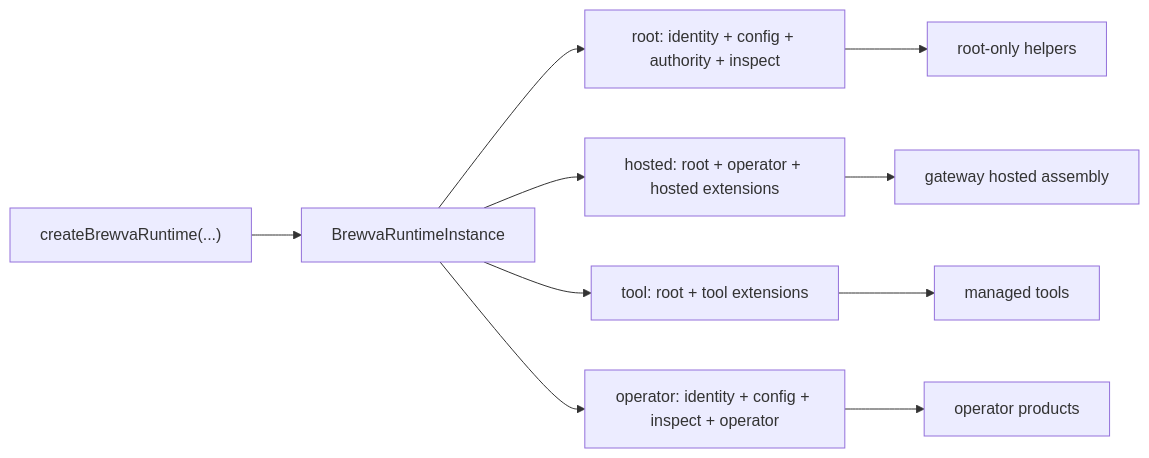
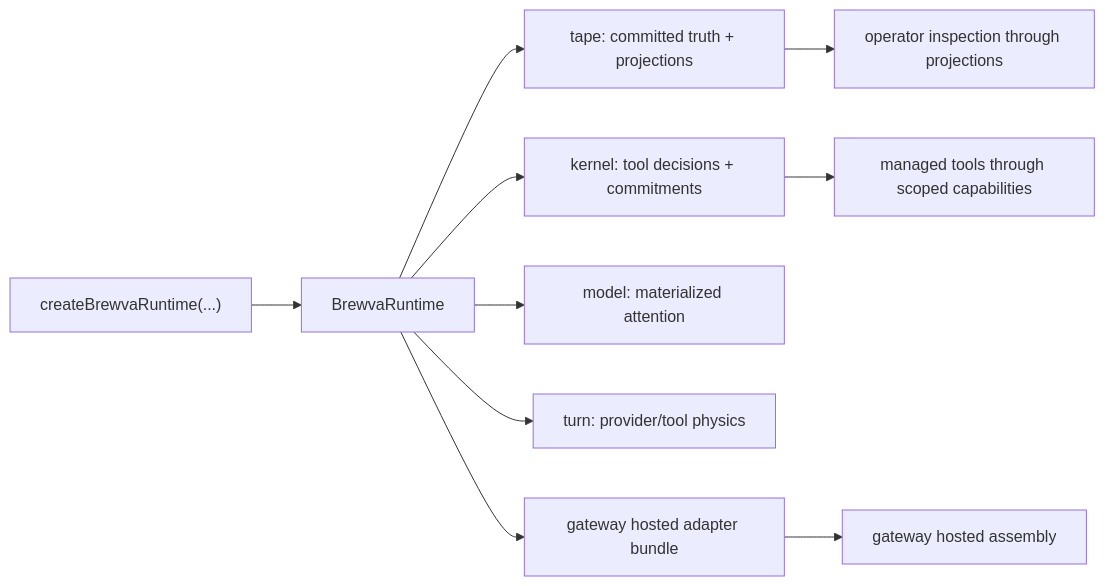
One commit to arcthur/brewva changed the second of 7 diagrams in docs/architecture/control-and-data-flow.md. Above: the diagram before and after it, drawn with Mermaid. The commit also changed 1213 other files, not shown here.

````diff
--- a/docs/architecture/control-and-data-flow.md
+++ b/docs/architecture/control-and-data-flow.md
@@ -32,12 +32,12 @@
 ```mermaid
 flowchart LR
-  CR["createBrewvaRuntime(...)"] --> INST["BrewvaRuntimeInstance"]
-  INST --> ROOT["root: identity + config + authority + inspect"]
-  INST --> HOSTED["hosted: root + operator + hosted extensions"]
-  INST --> TOOL["tool: root + tool extensions"]
-  INST --> OP["operator: identity + config + inspect + operator"]
-  ROOT --> LEAF["root-only helpers"]
-  HOSTED --> GW["gateway hosted assembly"]
-  TOOL --> MT["managed tools"]
-  OP --> CLI["operator products"]
+  CR["createBrewvaRuntime(...)"] --> RT["BrewvaRuntime"]
+  RT --> TAPE["tape: committed truth + projections"]
+  RT --> KERNEL["kernel: tool decisions + commitments"]
+  RT --> MODEL["model: materialized attention"]
+  RT --> TURN["turn: provider/tool physics"]
+  RT --> GWA["gateway hosted adapter bundle"]
+  GWA --> GW["gateway hosted assembly"]
+  KERNEL --> MT["managed tools through scoped capabilities"]
+  TAPE --> CLI["operator inspection through projections"]
 ```
````
